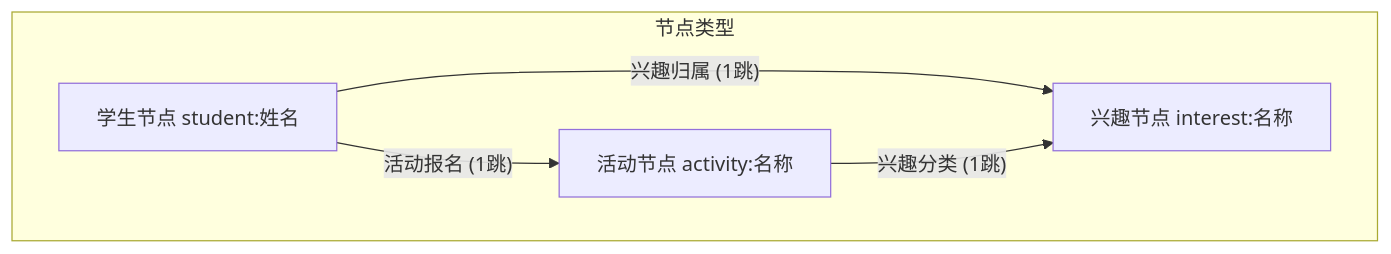
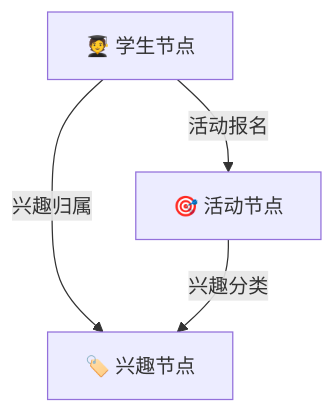
One commit to bestxby/Campus-Buddy changed the first of 2 diagrams in README.md. Above: the diagram before and after it, drawn with Mermaid. The commit also changed other lines of this file and 20 other files, not shown here.

````diff
--- a/README.md
+++ b/README.md
@@ -17,12 +44,6 @@
 ```mermaid
 graph TD
-    subgraph node_types ["节点类型"]
-        S[学生节点 student:姓名]
-        I[兴趣节点 interest:名称]
-        A[活动节点 activity:名称]
-    end
-
-    S -- 兴趣归属 (1跳) --> I
-    A -- 兴趣分类 (1跳) --> I
-    S -- 活动报名 (1跳) --> A
+    S[🧑‍🎓 学生节点] -- 兴趣归属 --> I[🏷️ 兴趣节点]
+    A[🎯 活动节点] -- 兴趣分类 --> I
+    S -- 活动报名 --> A
 ```
````
